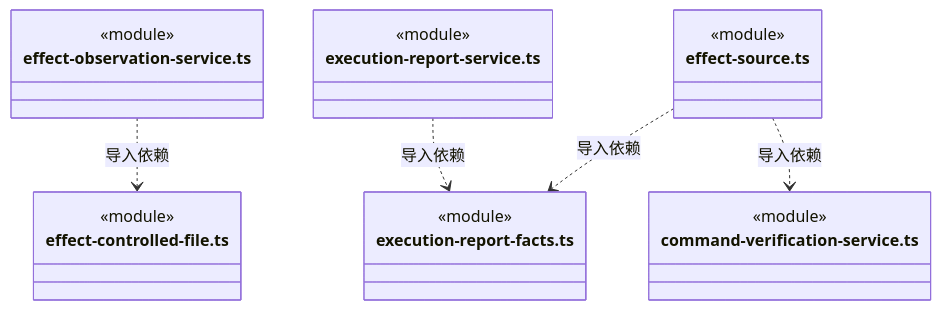
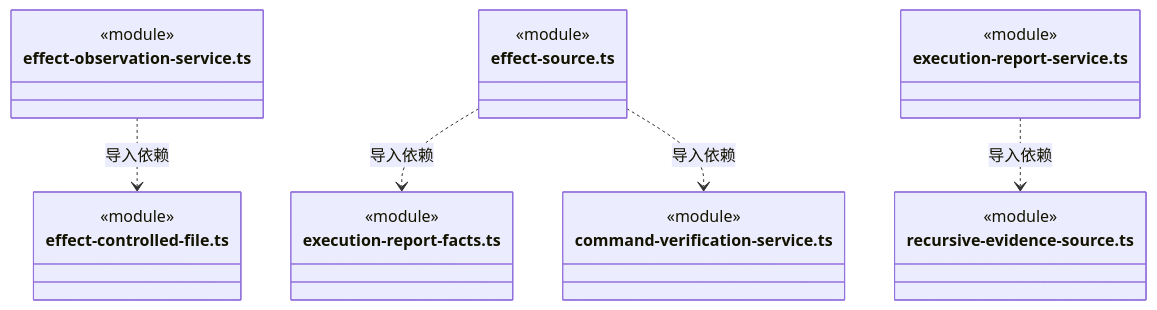
Diagram 19 of 20 in src/logic/evidence/runtime/ARCHITECTURE.md (nan023062/cbim), drawn with Mermaid before and after one commit. The commit also changed other lines of this file and 22 other files, not shown here.

First line of the commit message:
fix(evidence): verify recursive execution reports without legacy tasks

````diff
--- a/src/logic/evidence/runtime/ARCHITECTURE.md
+++ b/src/logic/evidence/runtime/ARCHITECTURE.md
@@ -411,25 +414,28 @@
 ```mermaid
 classDiagram
 class N_src_logic_evidence_runtime_effect_observation_service_ts["effect-observation-service.ts"] {
   <<module>>
 }
 class N_src_logic_evidence_runtime_effect_controlled_file_ts["effect-controlled-file.ts"] {
   <<module>>
 }
 class N_src_logic_evidence_runtime_effect_source_ts["effect-source.ts"] {
   <<module>>
 }
 class N_src_logic_evidence_runtime_execution_report_facts_ts["execution-report-facts.ts"] {
   <<module>>
 }
 class N_src_logic_evidence_runtime_command_verification_service_ts["command-verification-service.ts"] {
   <<module>>
 }
 class N_src_logic_evidence_runtime_execution_report_service_ts["execution-report-service.ts"] {
   <<module>>
 }
+class N_src_logic_evidence_runtime_recursive_evidence_source_ts["recursive-evidence-source.ts"] {
+  <<module>>
+}
 N_src_logic_evidence_runtime_effect_observation_service_ts ..> N_src_logic_evidence_runtime_effect_controlled_file_ts : 导入依赖
 N_src_logic_evidence_runtime_effect_source_ts ..> N_src_logic_evidence_runtime_execution_report_facts_ts : 导入依赖
 N_src_logic_evidence_runtime_effect_source_ts ..> N_src_logic_evidence_runtime_command_verification_service_ts : 导入依赖
-N_src_logic_evidence_runtime_execution_report_service_ts ..> N_src_logic_evidence_runtime_execution_report_facts_ts : 导入依赖
+N_src_logic_evidence_runtime_execution_report_service_ts ..> N_src_logic_evidence_runtime_recursive_evidence_source_ts : 导入依赖
 ```
````
